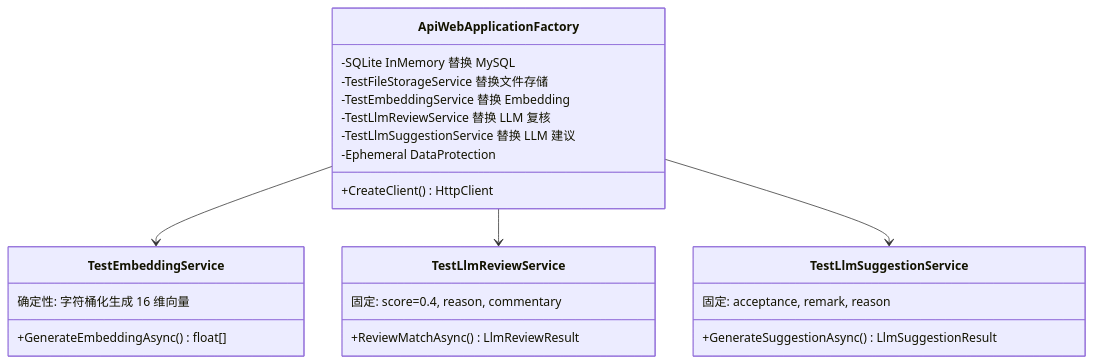
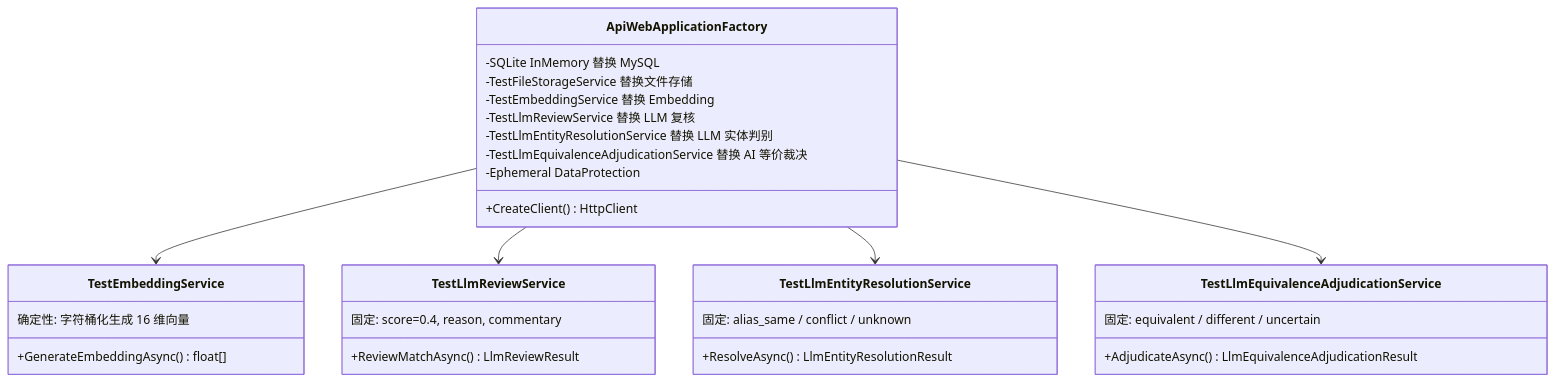
One commit to xiaocaiisxiaocai/AcceptanceSpecRecognition changed diagram 23 of 28 in docs/design-overview.md. Above: the diagram before and after it, drawn with Mermaid. The commit also changed other lines of this file and 255 other files, not shown here.

````diff
--- a/docs/design-overview.md
+++ b/docs/design-overview.md
@@ -1112,31 +1080,38 @@
 ```mermaid
 classDiagram
     class ApiWebApplicationFactory {
         -SQLite InMemory 替换 MySQL
         -TestFileStorageService 替换文件存储
         -TestEmbeddingService 替换 Embedding
         -TestLlmReviewService 替换 LLM 复核
-        -TestLlmSuggestionService 替换 LLM 建议
+        -TestLlmEntityResolutionService 替换 LLM 实体判别
+        -TestLlmEquivalenceAdjudicationService 替换 AI 等价裁决
         -Ephemeral DataProtection
         +CreateClient() HttpClient
     }
 
     class TestEmbeddingService {
         +GenerateEmbeddingAsync() float[]
         确定性: 字符桶化生成 16 维向量
     }
 
     class TestLlmReviewService {
         +ReviewMatchAsync() LlmReviewResult
         固定: score=0.4, reason, commentary
     }
 
-    class TestLlmSuggestionService {
-        +GenerateSuggestionAsync() LlmSuggestionResult
-        固定: acceptance, remark, reason
+    class TestLlmEntityResolutionService {
+        +ResolveAsync() LlmEntityResolutionResult
+        固定: alias_same / conflict / unknown
+    }
+
+    class TestLlmEquivalenceAdjudicationService {
+        +AdjudicateAsync() LlmEquivalenceAdjudicationResult
+        固定: equivalent / different / uncertain
     }
 
     ApiWebApplicationFactory --> TestEmbeddingService
     ApiWebApplicationFactory --> TestLlmReviewService
-    ApiWebApplicationFactory --> TestLlmSuggestionService
+    ApiWebApplicationFactory --> TestLlmEntityResolutionService
+    ApiWebApplicationFactory --> TestLlmEquivalenceAdjudicationService
 ```
````
